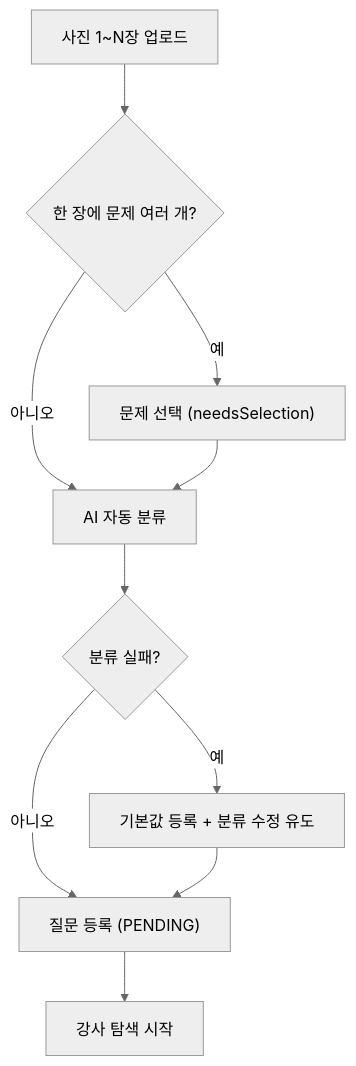
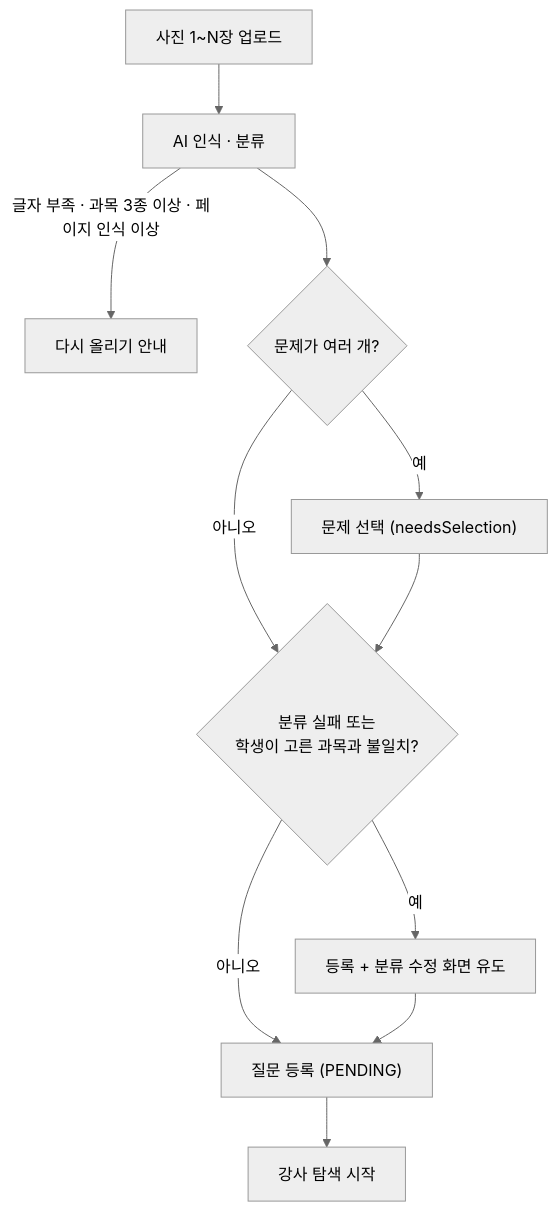
The first of 2 diagrams in wiki/문제-등록-OCR.md (ieums/onsaem), drawn with Mermaid (neutral theme) before and after one commit. The commit also changed other lines of this file and 2 other files, not shown here.

````diff
--- a/wiki/문제-등록-OCR.md
+++ b/wiki/문제-등록-OCR.md
@@ -19,12 +20,13 @@
 ```mermaid
 flowchart TB
-    A["사진 1~N장 업로드"] --> B{"한 장에 문제 여러 개?"}
+    A["사진 1~N장 업로드"] --> D["AI 인식 · 분류"]
+    D -- "글자 부족 · 과목 3종 이상 · 페이지 인식 이상" --> X["다시 올리기 안내"]
+    D --> B{"문제가 여러 개?"}
     B -- "예" --> C["문제 선택 (needsSelection)"]
-    B -- "아니오" --> D["AI 자동 분류"]
-    C --> D
-    D --> E{"분류 실패?"}
-    E -- "예" --> F["기본값 등록 + 분류 수정 유도"]
+    B -- "아니오" --> E{"분류 실패 또는<br/>학생이 고른 과목과 불일치?"}
+    C --> E
+    E -- "예" --> F["등록 + 분류 수정 화면 유도"]
     E -- "아니오" --> G["질문 등록 (PENDING)"]
     F --> G
     G --> H["강사 탐색 시작"]
 ```
````
